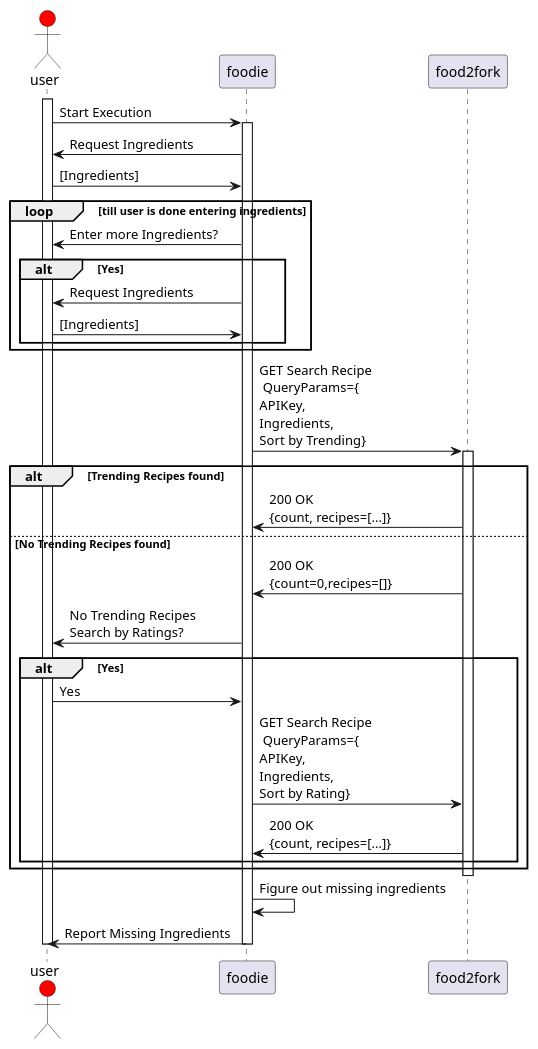
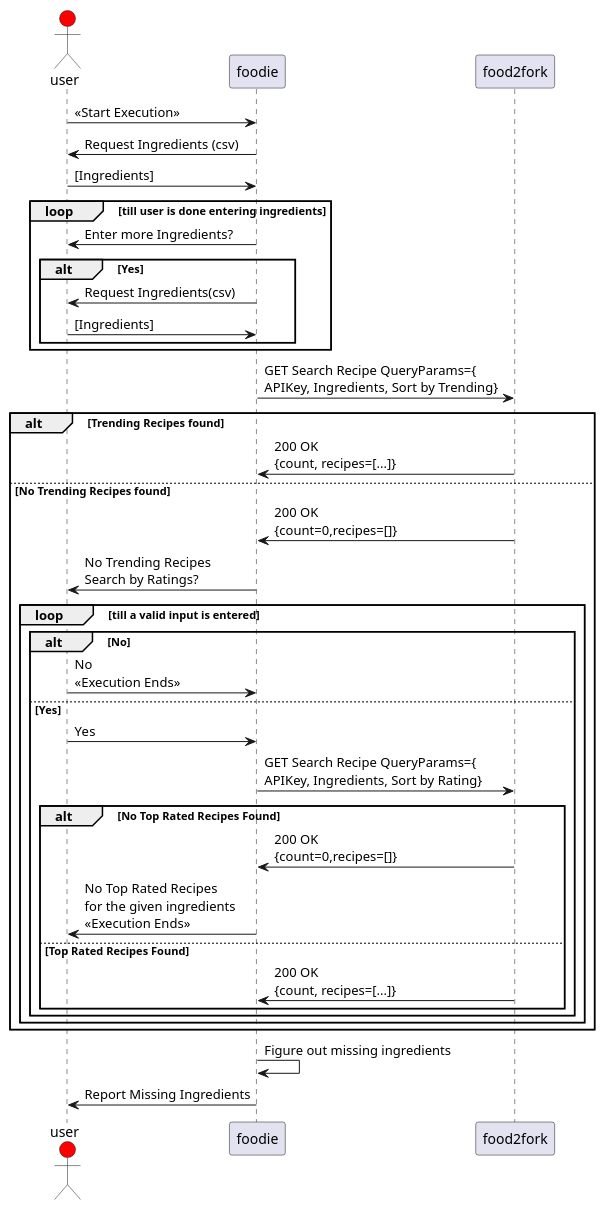
Before and after one commit to rachit-ranjan16/Foodie: the diagram in design/SequenceDiag.pu, drawn with PlantUML. The commit also changed 5 other files, not shown here.

```diff
--- a/design/SequenceDiag.pu
+++ b/design/SequenceDiag.pu
@@ -1,36 +1,45 @@
 @startuml
 actor user #red
 participant foodie
 participant food2fork
-activate user
-user->foodie: Start Execution
-activate foodie
-foodie->user: Request Ingredients
+
+user->foodie: <<Start Execution>>
+foodie->user: Request Ingredients (csv)
 user->foodie: [Ingredients]
+
 loop till user is done entering ingredients
     foodie->user: Enter more Ingredients?
     alt Yes
-        foodie->user: Request Ingredients
+        foodie->user: Request Ingredients(csv)
         user->foodie: [Ingredients]
     end
 end
 
-foodie->food2fork: GET Search Recipe \n QueryParams={\nAPIKey,\nIngredients,\nSort by Trending}
-activate food2fork
+foodie->food2fork: GET Search Recipe QueryParams={\nAPIKey, Ingredients, Sort by Trending}
+
 alt Trending Recipes found
     food2fork->foodie: 200 OK\n{count, recipes=[...]}
 else No Trending Recipes found
+
     food2fork->foodie: 200 OK\n{count=0,recipes=[]}
     foodie->user:No Trending Recipes\nSearch by Ratings?
-    alt Yes
-        user->foodie: Yes
-        foodie->food2fork: GET Search Recipe \n QueryParams={\nAPIKey,\nIngredients,\nSort by Rating}
-        food2fork->foodie: 200 OK\n{count, recipes=[...]}
+    loop till a valid input is entered
+        alt No
+            user->foodie: No\n<<Execution Ends>>
+        else Yes
+            user->foodie: Yes
+            foodie->food2fork: GET Search Recipe QueryParams={\nAPIKey, Ingredients, Sort by Rating}
+            alt No Top Rated Recipes Found
+                food2fork->foodie: 200 OK\n{count=0,recipes=[]}
+                foodie->user: No Top Rated Recipes\nfor the given ingredients\n<<Execution Ends>>
+            else Top Rated Recipes Found
+                food2fork->foodie: 200 OK\n{count, recipes=[...]}
+            end
+        end
     end
 end
-deactivate food2fork
+
 foodie->foodie: Figure out missing ingredients
 foodie->user: Report Missing Ingredients
-deactivate foodie
-deactivate user
+
 @enduml
```
